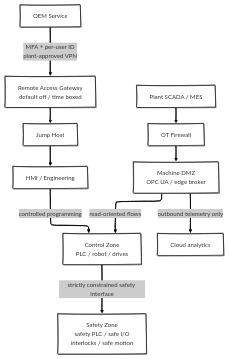
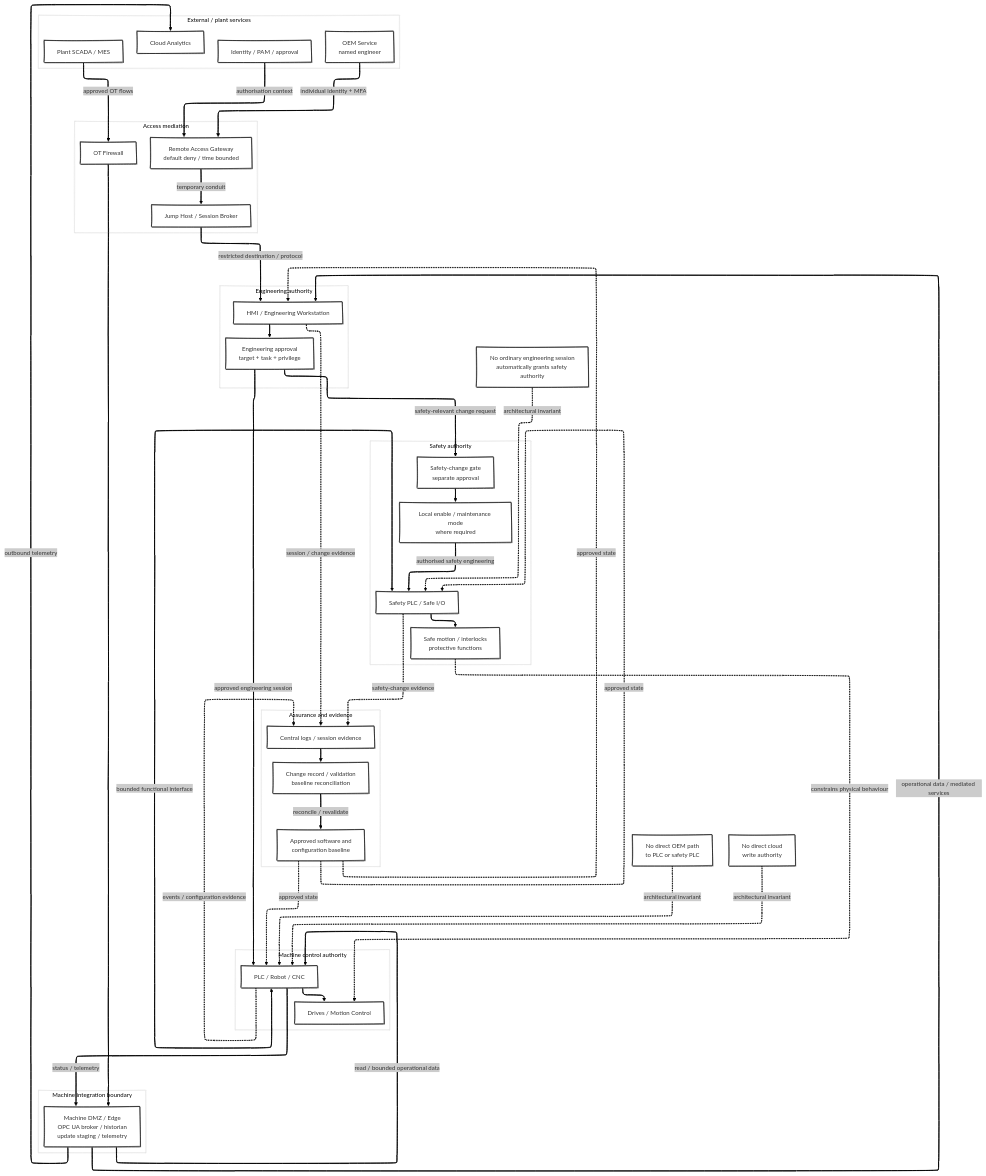
Before and after one commit to antomon/antomon.github.io: the fifth of 6 diagrams in longforms/eu-machinery-regulation-2023-1230-cyber-physical-safety/index.qmd, drawn with Mermaid. The commit also changed other lines of this file and 55 other files, not shown here.

````diff
--- a/longforms/eu-machinery-regulation-2023-1230-cyber-physical-safety/index.qmd
+++ b/longforms/eu-machinery-regulation-2023-1230-cyber-physical-safety/index.qmd
@@ -535,28 +1099,93 @@
 ```{mermaid}
-%%| label: fig-case-study-redesigned-machine-architecture
-%%| fig-cap: "Redesigned case-study architecture in which remote service, plant OT and cloud analytics do not automatically obtain machine control authority."
-%%| fig-alt: "OEM service reaches a default-off, time-bounded remote-access gateway through per-user MFA and a plant-approved VPN, then a jump host and HMI or engineering zone. The machine DMZ mediates OPC UA and edge functions. Plant SCADA and MES connect through an OT firewall. The control zone has a strictly constrained interface to the safety zone. Cloud analytics receives outbound telemetry from the edge and has no direct PLC or safety-PLC control path."
+%%| label: fig-case-study-authority-architecture
+%%| fig-cap: "Case-study authority architecture showing how remote service, plant integration and cloud analytics are prevented from automatically acquiring engineering or safety authority."
+%%| fig-alt: "The architecture separates external services, access mediation, machine integration, engineering, machine control and machine safety. OEM engineers authenticate through a plant-controlled remote-access gateway and session broker before reaching the engineering zone. Plant SCADA and MES communicate through an OT firewall and machine DMZ. Cloud analytics receives outbound telemetry through the edge broker and has no direct controller-write path. Engineering access to machine control is explicitly authorised, while changes to safety controllers pass through a separate safety-change gate and may require local enabling. Logging, baseline management and change evidence span engineering, control and safety zones."
 %%| fig-align: center
 %%{init: {"theme": "neo", "look": "handDrawn", "layout": "elk"}}%%
-flowchart TB
-    O[OEM Service]
-    R[Remote Access Gateway<br/>default off / time boxed]
-    J[Jump Host]
-    H[HMI / Engineering]
-    D[Machine DMZ<br/>OPC UA / edge broker]
-    P[Plant SCADA / MES]
-    F[OT Firewall]
-    C[Control Zone<br/>PLC / robot / drives]
-    S[Safety Zone<br/>safety PLC / safe I/O<br/>interlocks / safe motion]
-    A[Cloud analytics]
+flowchart TD
 
-    O -->|MFA + per-user ID<br/>plant-approved VPN| R
-    R --> J
-    J --> H
-    H -->|controlled programming| C
-    P --> F
-    F --> D
-    D -->|read-oriented flows| C
-    C -->|strictly constrained safety interface| S
-    D -->|outbound telemetry only| A
+    subgraph EXT["External / plant services"]
+        OEM[OEM Service<br/>named engineer]
+        PLANT[Plant SCADA / MES]
+        CLOUD[Cloud Analytics]
+        IAM[Identity / PAM / approval]
+    end
+
+    subgraph ACCESS["Access mediation"]
+        RAG[Remote Access Gateway<br/>default deny / time bounded]
+        JH[Jump Host / Session Broker]
+        FW[OT Firewall]
+    end
+
+    subgraph EDGE["Machine integration boundary"]
+        DMZ[Machine DMZ / Edge<br/>OPC UA broker / historian<br/>update staging / telemetry]
+    end
+
+    subgraph ENG["Engineering authority"]
+        HMI[HMI / Engineering Workstation]
+        ENGCTRL[Engineering approval<br/>target + task + privilege]
+    end
+
+    subgraph CONTROL["Machine control authority"]
+        PLC[PLC / Robot / CNC]
+        DRIVE[Drives / Motion Control]
+    end
+
+    subgraph SAFETY["Safety authority"]
+        SGATE[Safety-change gate<br/>separate approval]
+        LOCAL[Local enable / maintenance mode<br/>where required]
+        SPLC[Safety PLC / Safe I/O]
+        SAFE[Safe motion / interlocks<br/>protective functions]
+    end
+
+    subgraph ASSURE["Assurance and evidence"]
+        LOG[Central logs / session evidence]
+        BASE[Approved software and<br/>configuration baseline]
+        CHANGE[Change record / validation<br/>baseline reconciliation]
+    end
+
+    OEM -->|individual identity + MFA| RAG
+    IAM -->|authorisation context| RAG
+    RAG -->|temporary conduit| JH
+    JH -->|restricted destination / protocol| HMI
+
+    PLANT -->|approved OT flows| FW
+    FW --> DMZ
+
+    DMZ -->|operational data / mediated services| HMI
+    DMZ -->|read / bounded operational data| PLC
+
+    PLC -->|status / telemetry| DMZ
+    DMZ -->|outbound telemetry| CLOUD
+
+    HMI --> ENGCTRL
+    ENGCTRL -->|approved engineering session| PLC
+    PLC --> DRIVE
+
+    ENGCTRL -->|safety-relevant change request| SGATE
+    SGATE --> LOCAL
+    LOCAL -->|authorised safety engineering| SPLC
+
+    PLC <-->|bounded functional interface| SPLC
+    SPLC --> SAFE
+    SAFE -. constrains physical behaviour .-> DRIVE
+
+    HMI -. session / change evidence .-> LOG
+    PLC -. events / configuration evidence .-> LOG
+    SPLC -. safety-change evidence .-> LOG
+
+    BASE -. approved state .-> HMI
+    BASE -. approved state .-> PLC
+    BASE -. approved state .-> SPLC
+
+    LOG --> CHANGE
+    CHANGE -->|reconcile / revalidate| BASE
+
+    X1[No direct OEM path<br/>to PLC or safety PLC]
+    X2[No direct cloud<br/>write authority]
+    X3[No ordinary engineering session<br/>automatically grants safety authority]
+
+    X1 -. architectural invariant .-> PLC
+    X2 -. architectural invariant .-> PLC
+    X3 -. architectural invariant .-> SPLC
 ```
````
